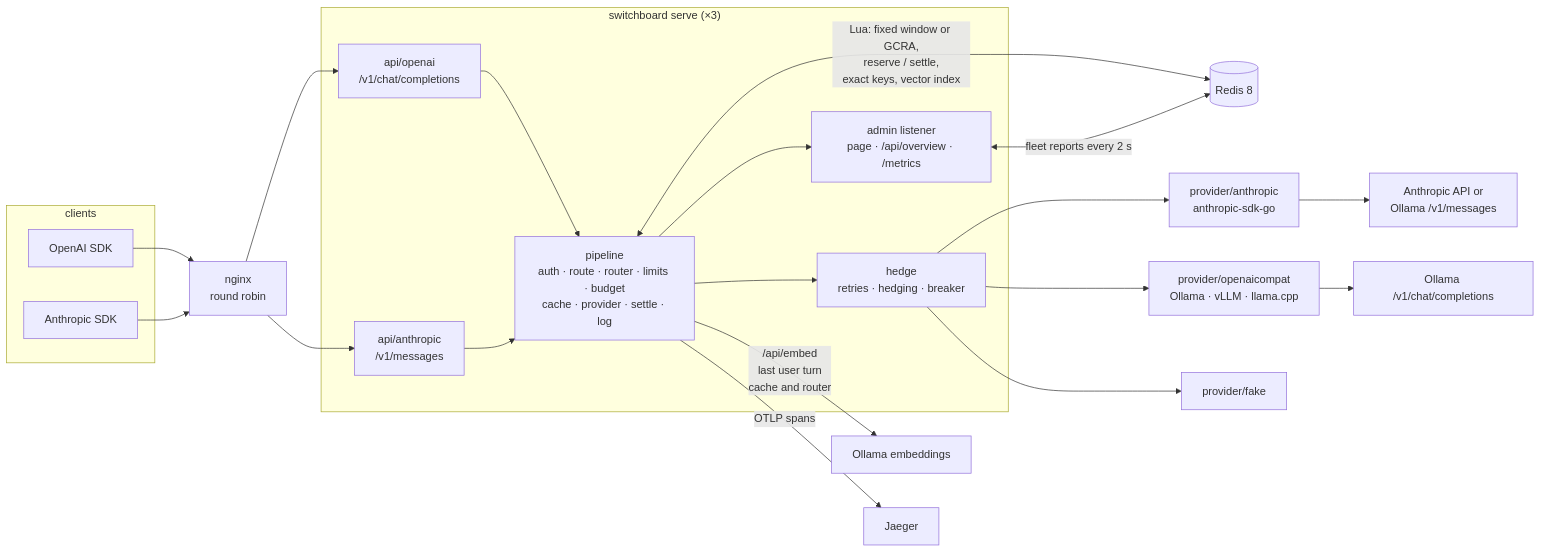
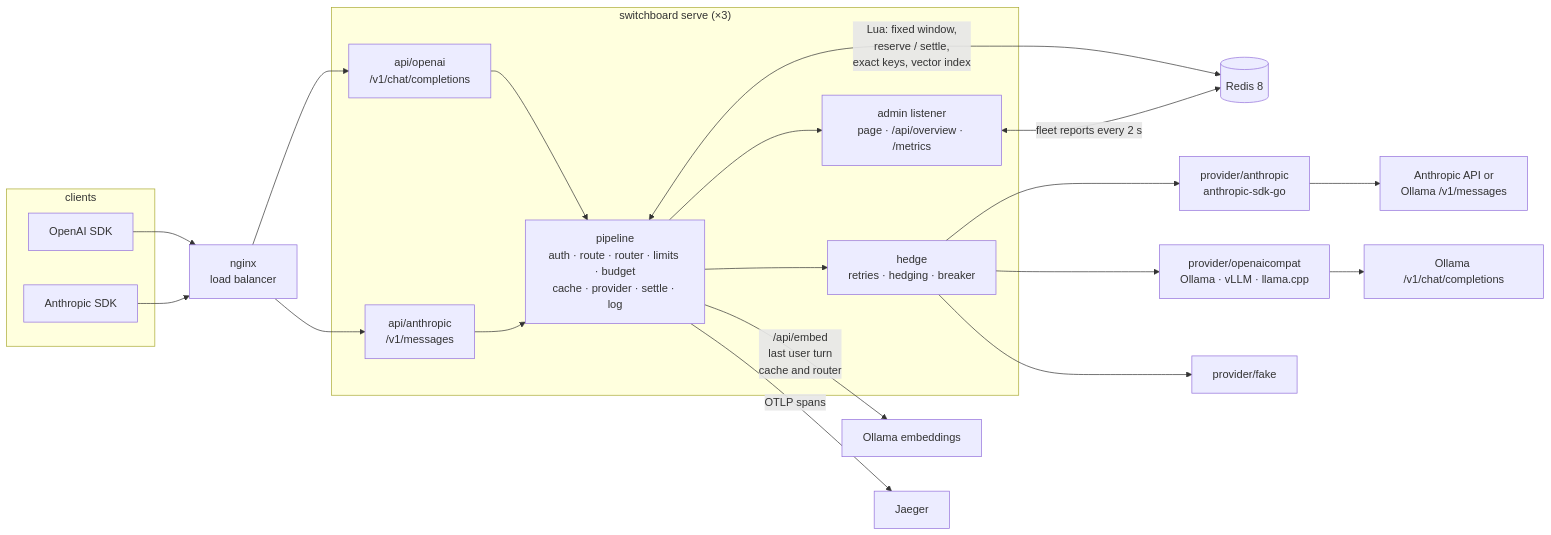
One commit to TheAsianFish/switchboard changed the diagram in README.md. Above: the diagram before and after it, drawn with Mermaid. The commit also changed other lines of this file and 55 other files, not shown here.

````diff
--- a/README.md
+++ b/README.md
@@ -155,32 +237,32 @@
 ```mermaid
 flowchart LR
   subgraph clients
     O[OpenAI SDK]
     A[Anthropic SDK]
   end
-  LB[nginx<br/>round robin]
+  LB[nginx<br/>load balancer]
   subgraph gw["switchboard serve (×3)"]
     FO[api/openai<br/>/v1/chat/completions]
     FA[api/anthropic<br/>/v1/messages]
     P[pipeline<br/>auth · route · router · limits · budget<br/>cache · provider · settle · log]
     H[hedge<br/>retries · hedging · breaker]
     M[admin listener<br/>page · /api/overview · /metrics]
     FO --> P
     FA --> P
     P --> M
   end
   O --> LB
   A --> LB
   LB --> FO
   LB --> FA
-  P <-->|Lua: fixed window or GCRA,<br/>reserve / settle,<br/>exact keys, vector index| R[(Redis 8)]
+  P <-->|Lua: fixed window,<br/>reserve / settle,<br/>exact keys, vector index| R[(Redis 8)]
   M <-->|fleet reports every 2 s| R
   P -->|/api/embed<br/>last user turn<br/>cache and router| E[Ollama embeddings]
   P -->|OTLP spans| J[Jaeger]
   P --> H
   H --> PA[provider/anthropic<br/>anthropic-sdk-go]
   H --> PO[provider/openaicompat<br/>Ollama · vLLM · llama.cpp]
   H --> PF[provider/fake]
   PA --> ANT[Anthropic API or<br/>Ollama /v1/messages]
   PO --> OL[Ollama /v1/chat/completions]
 ```
````
